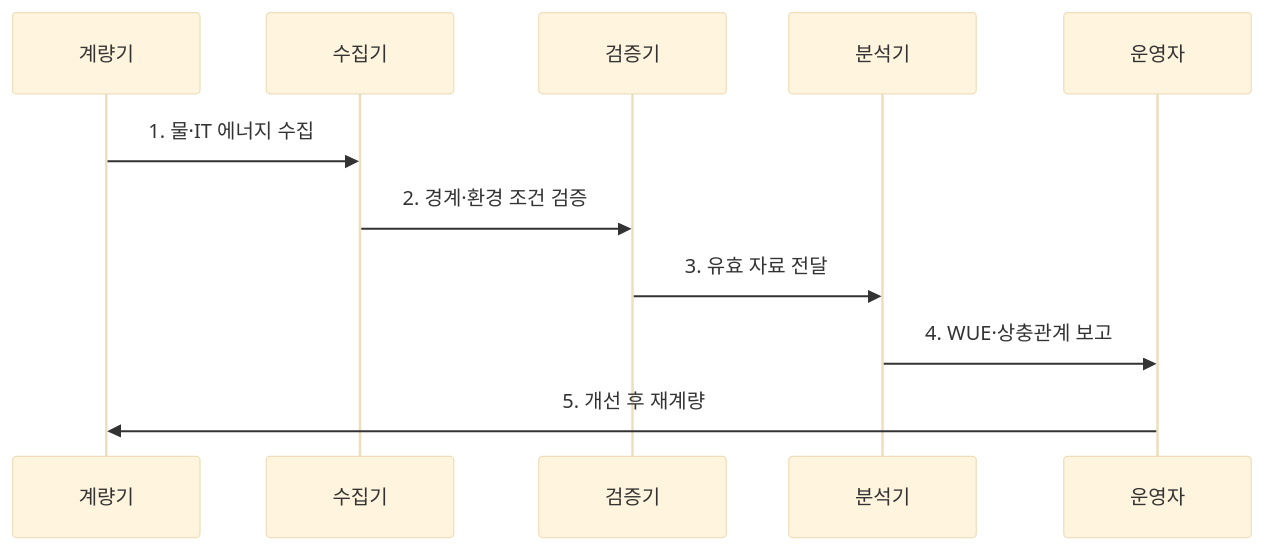
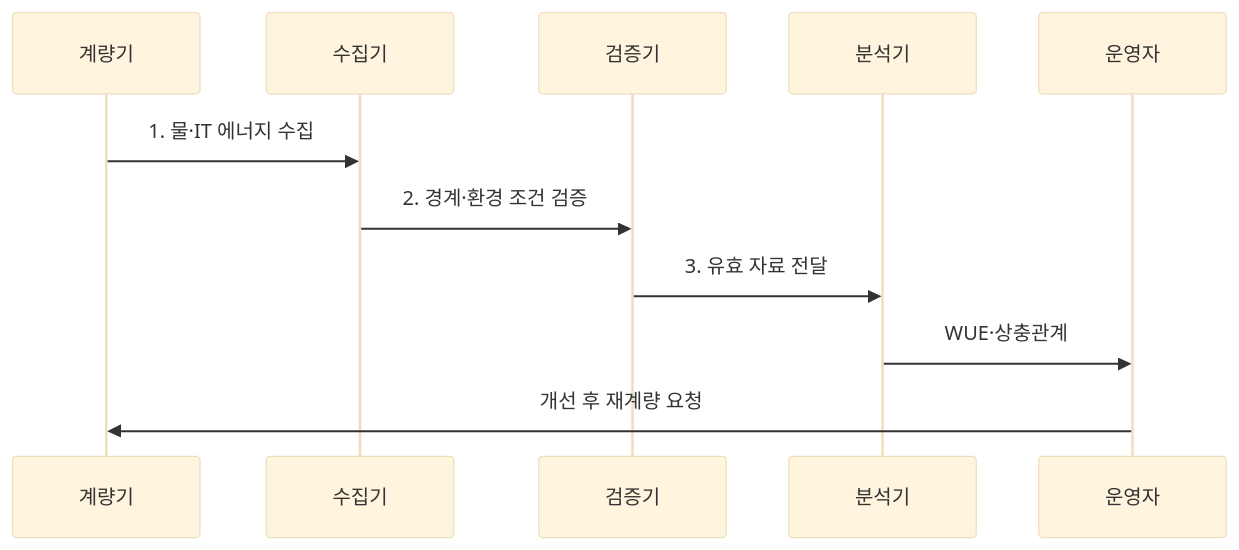
The second of 2 diagrams in src/content/docs/notes/02-hardware/059_water_usage_effectiveness.md (agnusdei1207/knowledge-base), drawn with Mermaid (base theme) before and after one commit. The commit also changed other lines of this file and 20 other files, not shown here.

````diff
--- a/src/content/docs/notes/02-hardware/059_water_usage_effectiveness.md
+++ b/src/content/docs/notes/02-hardware/059_water_usage_effectiveness.md
@@ -87,14 +87,14 @@
 ```mermaid
 sequenceDiagram
     participant M as 계량기
     participant C as 수집기
     participant V as 검증기
     participant A as 분석기
     participant O as 운영자
 
     M->>C: 1. 물·IT 에너지 수집
     C->>V: 2. 경계·환경 조건 검증
     V->>A: 3. 유효 자료 전달
-    A->>O: 4. WUE·상충관계 보고
-    O->>M: 5. 개선 후 재계량
+    A->>O: WUE·상충관계
+    O->>M: 개선 후 재계량 요청
 ```
````
